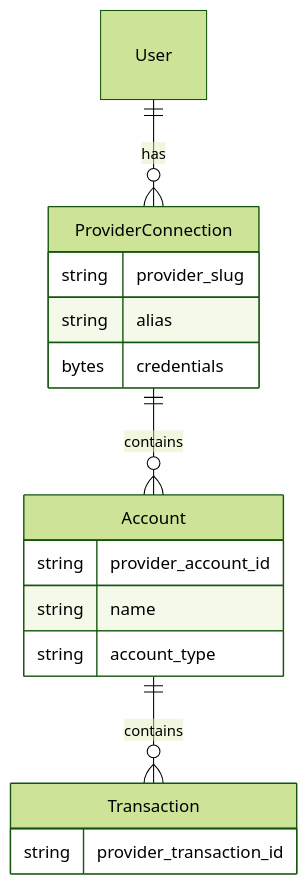
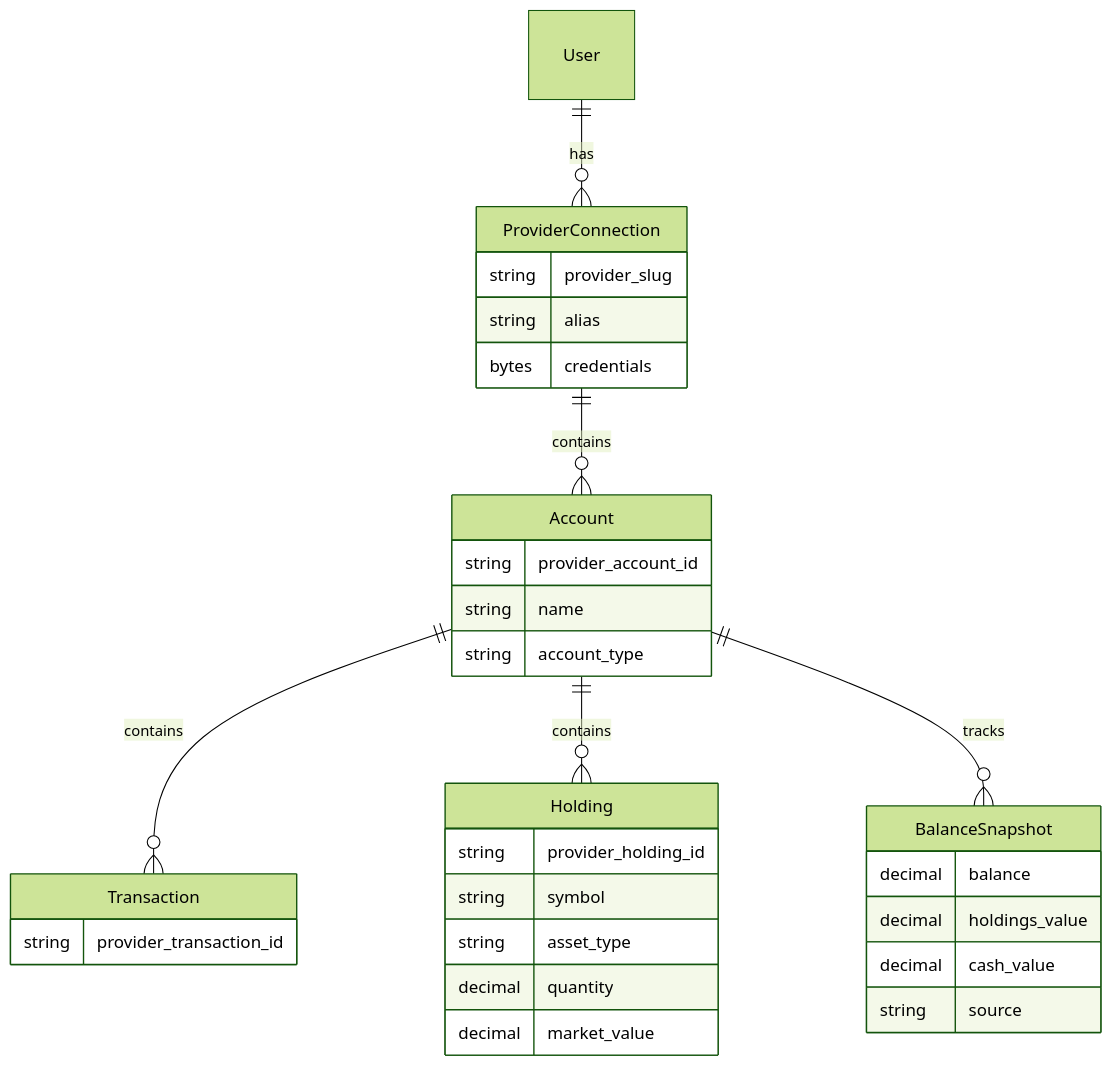
The third of 3 diagrams in docs/architecture/provider-integration-architecture.md (faiyaz7283/dashtam-api), drawn with Mermaid (forest theme) before and after one commit. The commit also changed other lines of this file and 70 other files, not shown here.

First line of the commit message:
feat(phase7): add holdings and balance tracking (F7.4, F7.5)

````diff
--- a/docs/architecture/provider-integration-architecture.md
+++ b/docs/architecture/provider-integration-architecture.md
@@ -376,20 +397,35 @@
 ```mermaid
 erDiagram
     User ||--o{ ProviderConnection : "has"
     ProviderConnection ||--o{ Account : "contains"
     Account ||--o{ Transaction : "contains"
+    Account ||--o{ Holding : "contains"
+    Account ||--o{ BalanceSnapshot : "tracks"
 
     ProviderConnection {
         string provider_slug
         string alias
         bytes credentials
     }
     Account {
         string provider_account_id
         string name
         string account_type
     }
     Transaction {
         string provider_transaction_id
     }
+    Holding {
+        string provider_holding_id
+        string symbol
+        string asset_type
+        decimal quantity
+        decimal market_value
+    }
+    BalanceSnapshot {
+        decimal balance
+        decimal holdings_value
+        decimal cash_value
+        string source
+    }
 ```
````
